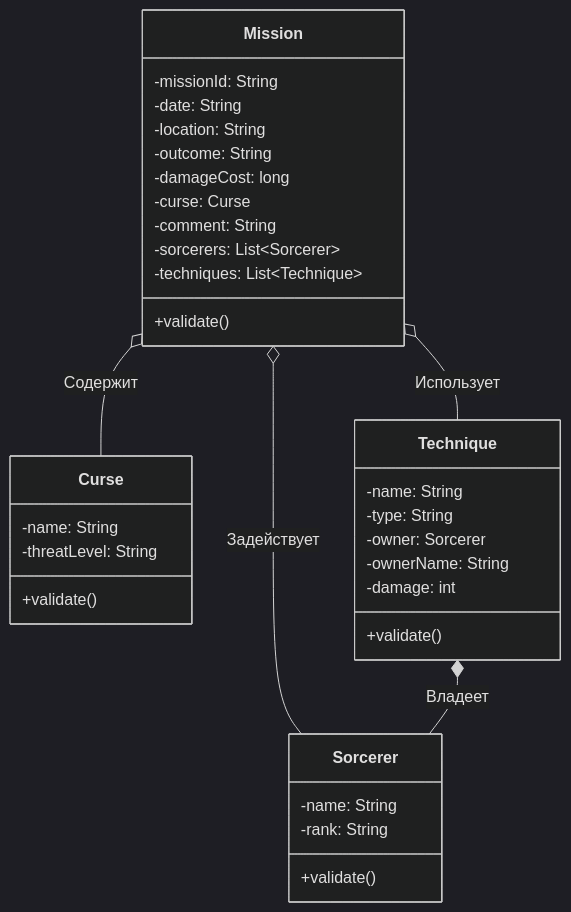
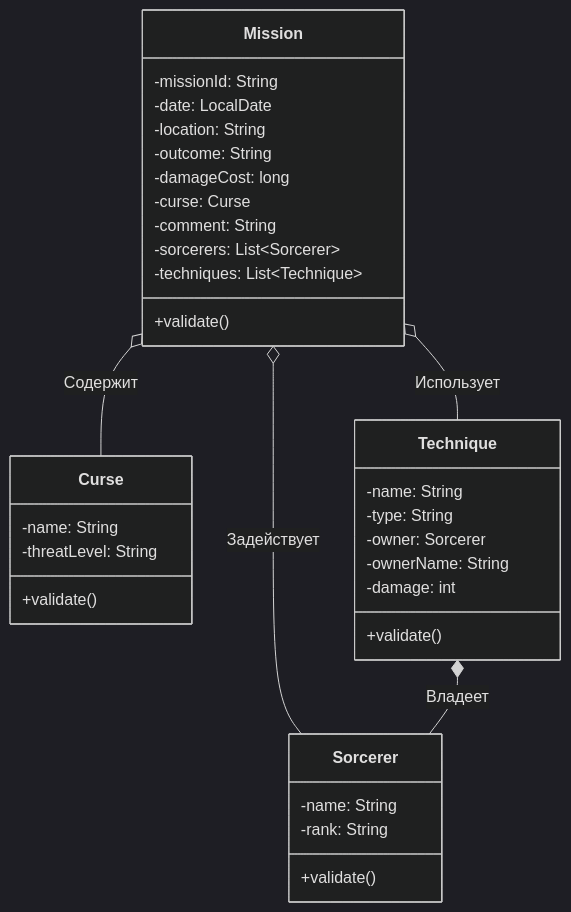
Before and after one commit to andrejmaznin/AppDevLabs: the diagram in implementation.mermaid, drawn with Mermaid (dark theme). The commit also changed 1 other file, not shown here.

Commit message:
fix diagrams

```diff
--- a/implementation.mermaid
+++ b/implementation.mermaid
@@ -1,41 +1,41 @@
 classDiagram
 
     class Mission {
         -missionId: String
-        -date: String
+        -date: LocalDate
         -location: String
         -outcome: String
         -damageCost: long
         -curse: Curse
         -comment: String
         -sorcerers: List~Sorcerer~
         -techniques: List~Technique~
         +validate()
     }
 
     class Curse {
         -name: String
         -threatLevel: String
         +validate()
     }
 
     class Sorcerer {
         -name: String
         -rank: String
         +validate()
     }
 
     class Technique {
         -name: String
         -type: String
         -owner: Sorcerer
         -ownerName: String
         -damage: int
         +validate()
     }
 
 
     Mission o-- Curse : Содержит
     Mission o-- Sorcerer : Задействует
     Mission o-- Technique : Использует
     Technique *-- Sorcerer : Владеет
```
